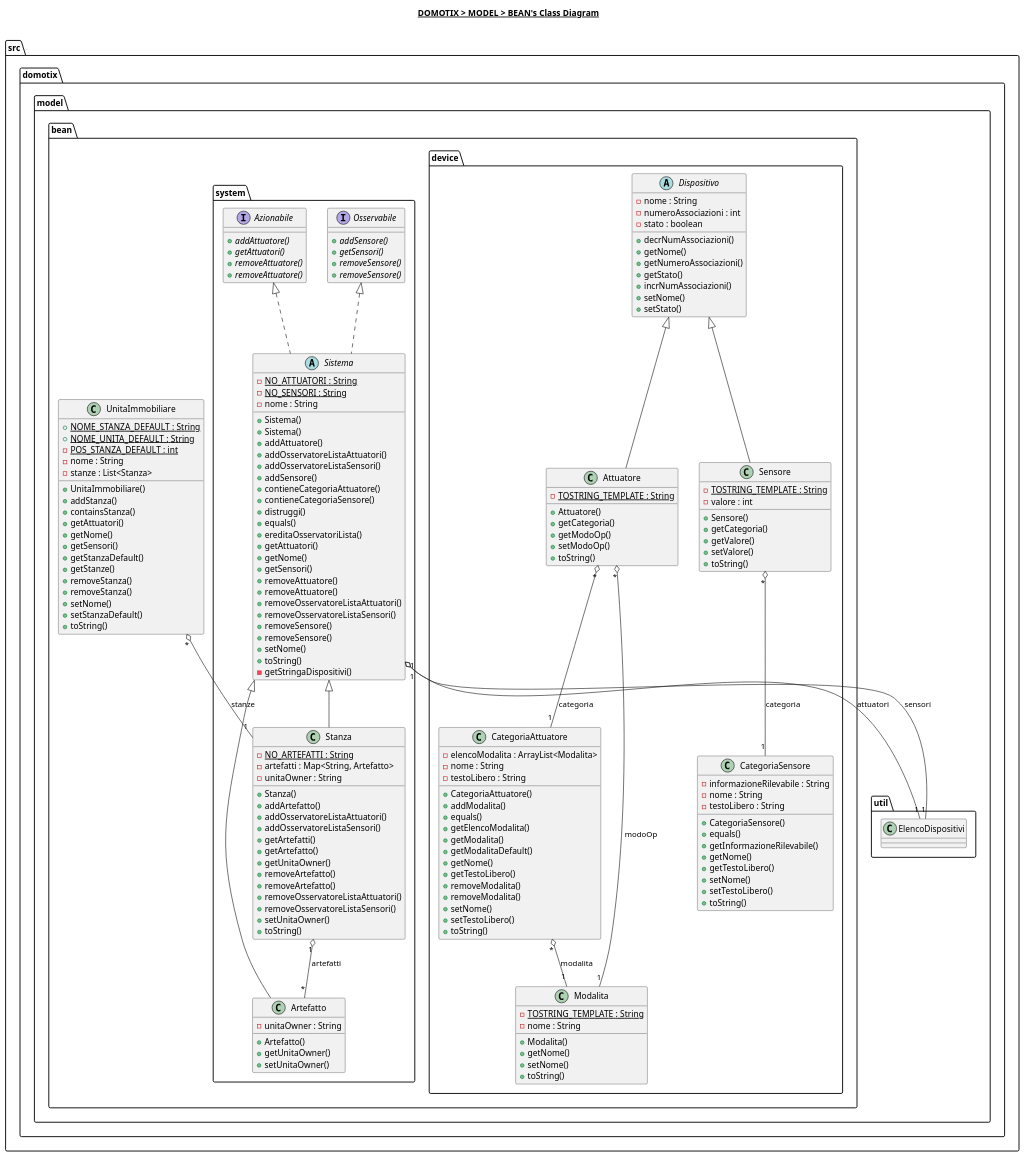
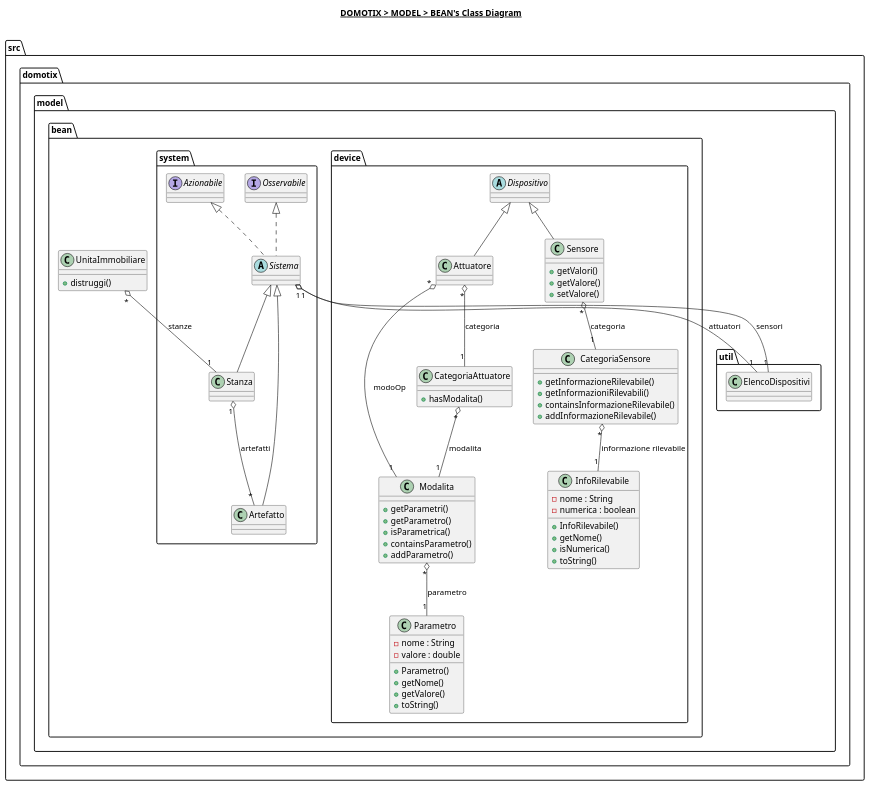
One commit to Edoar-do/Domotix changed the diagram in src/domotix/model/bean/bean.plantuml. Above: the diagram before and after it, drawn with PlantUML. The commit also changed 29 other files, not shown here.

Commit message:
Aggiusta la documentazione sui diagrammi

```diff
--- a/src/domotix/model/bean/bean.plantuml
+++ b/src/domotix/model/bean/bean.plantuml
@@ -1,196 +1,102 @@
 @startuml
 
 title __DOMOTIX > MODEL > BEAN's Class Diagram__\n
 
 namespace src.domotix.model {
     namespace util {
     }
 
     namespace bean {
         class src.domotix.model.bean.UnitaImmobiliare {
-            {static} + NOME_STANZA_DEFAULT : String
-            {static} + NOME_UNITA_DEFAULT : String
-            {static} - POS_STANZA_DEFAULT : int
-            - nome : String
-            - stanze : List<Stanza>
-            + UnitaImmobiliare()
-            + addStanza()
-            + containsStanza()
-            + getAttuatori()
-            + getNome()
-            + getSensori()
-            + getStanzaDefault()
-            + getStanze()
-            + removeStanza()
-            + removeStanza()
-            + setNome()
-            + setStanzaDefault()
-            + toString()
+            + distruggi()
         }
 
         namespace device {
             class src.domotix.model.bean.device.Attuatore {
-                {static} - TOSTRING_TEMPLATE : String
-                + Attuatore()
-                + getCategoria()
-                + getModoOp()
-                + setModoOp()
-                + toString()
             }
 
             class src.domotix.model.bean.device.CategoriaAttuatore {
-                - elencoModalita : ArrayList<Modalita>
-                - nome : String
-                - testoLibero : String
-                + CategoriaAttuatore()
-                + addModalita()
-                + equals()
-                + getElencoModalita()
-                + getModalita()
-                + getModalitaDefault()
-                + getNome()
-                + getTestoLibero()
-                + removeModalita()
-                + removeModalita()
-                + setNome()
-                + setTestoLibero()
-                + toString()
+                + hasModalita()
             }
 
             class src.domotix.model.bean.device.CategoriaSensore {
-                - informazioneRilevabile : String
-                - nome : String
-                - testoLibero : String
-                + CategoriaSensore()
-                + equals()
                 + getInformazioneRilevabile()
-                + getNome()
-                + getTestoLibero()
-                + setNome()
-                + setTestoLibero()
-                + toString()
+                + getInformazioniRilevabili()
+                + containsInformazioneRilevabile()
+                + addInformazioneRilevabile()
             }
 
             abstract class src.domotix.model.bean.device.Dispositivo {
-                - nome : String
-                - numeroAssociazioni : int
-                - stato : boolean
-                + decrNumAssociazioni()
-                + getNome()
-                + getNumeroAssociazioni()
-                + getStato()
-                + incrNumAssociazioni()
-                + setNome()
-                + setStato()
             }
 
             class src.domotix.model.bean.device.Modalita {
-                {static} - TOSTRING_TEMPLATE : String
+                + getParametri()
+                + getParametro()
+                + isParametrica()
+                + containsParametro()
+                + addParametro()
+            }
+
+            class src.domotix.model.bean.device.Parametro {
                 - nome : String
-                + Modalita()
+                - valore : double
+                + Parametro()
                 + getNome()
-                + setNome()
+                + getValore()
                 + toString()
             }
 
             class src.domotix.model.bean.device.Sensore {
-                {static} - TOSTRING_TEMPLATE : String
-                - valore : int
-                + Sensore()
-                + getCategoria()
+                + getValori()
                 + getValore()
                 + setValore()
+            }
+
+            class src.domotix.model.bean.device.InfoRilevabile {
+                - nome : String
+                - numerica : boolean
+                + InfoRilevabile()
+                + getNome()
+                + isNumerica()
                 + toString()
             }
         }
 
         namespace system {
             class src.domotix.model.bean.system.Artefatto {
-                  - unitaOwner : String
-                  + Artefatto()
-                  + getUnitaOwner()
-                  + setUnitaOwner()
               }
 
               interface src.domotix.model.bean.system.Azionabile {
-                  {abstract} + addAttuatore()
-                  {abstract} + getAttuatori()
-                  {abstract} + removeAttuatore()
-                  {abstract} + removeAttuatore()
               }
 
               interface src.domotix.model.bean.system.Osservabile {
-                  {abstract} + addSensore()
-                  {abstract} + getSensori()
-                  {abstract} + removeSensore()
-                  {abstract} + removeSensore()
               }
 
               abstract class src.domotix.model.bean.system.Sistema {
-                  {static} - NO_ATTUATORI : String
-                  {static} - NO_SENSORI : String
-                  - nome : String
-                  + Sistema()
-                  + Sistema()
-                  + addAttuatore()
-                  + addOsservatoreListaAttuatori()
-                  + addOsservatoreListaSensori()
-                  + addSensore()
-                  + contieneCategoriaAttuatore()
-                  + contieneCategoriaSensore()
-                  + distruggi()
-                  + equals()
-                  + ereditaOsservatoriLista()
-                  + getAttuatori()
-                  + getNome()
-                  + getSensori()
-                  + removeAttuatore()
-                  + removeAttuatore()
-                  + removeOsservatoreListaAttuatori()
-                  + removeOsservatoreListaSensori()
-                  + removeSensore()
-                  + removeSensore()
-                  + setNome()
-                  + toString()
-                  - getStringaDispositivi()
               }
 
               class src.domotix.model.bean.system.Stanza {
-                  {static} - NO_ARTEFATTI : String
-                  - artefatti : Map<String, Artefatto>
-                  - unitaOwner : String
-                  + Stanza()
-                  + addArtefatto()
-                  + addOsservatoreListaAttuatori()
-                  + addOsservatoreListaSensori()
-                  + getArtefatti()
-                  + getArtefatto()
-                  + getUnitaOwner()
-                  + removeArtefatto()
-                  + removeArtefatto()
-                  + removeOsservatoreListaAttuatori()
-                  + removeOsservatoreListaSensori()
-                  + setUnitaOwner()
-                  + toString()
               }
         }
     }
 }
 
 src.domotix.model.bean.device.Attuatore -up-|> src.domotix.model.bean.device.Dispositivo
 src.domotix.model.bean.device.Attuatore "*" o-- "1" src.domotix.model.bean.device.CategoriaAttuatore : categoria
 src.domotix.model.bean.device.Attuatore "*" o-- "1" src.domotix.model.bean.device.Modalita : modoOp
 src.domotix.model.bean.device.CategoriaAttuatore "*" o-- "1" src.domotix.model.bean.device.Modalita : modalita
+src.domotix.model.bean.device.Modalita "*" o-- "1" src.domotix.model.bean.device.Parametro : parametro
 src.domotix.model.bean.device.Sensore -up-|> src.domotix.model.bean.device.Dispositivo
 src.domotix.model.bean.device.Sensore "*" o-- "1" src.domotix.model.bean.device.CategoriaSensore : categoria
+src.domotix.model.bean.device.CategoriaSensore "*" o-- "1" src.domotix.model.bean.device.InfoRilevabile : informazione rilevabile
 
 src.domotix.model.bean.system.Artefatto -up-|> src.domotix.model.bean.system.Sistema
 src.domotix.model.bean.system.Sistema .up.|> src.domotix.model.bean.system.Azionabile
 src.domotix.model.bean.system.Sistema .up.|> src.domotix.model.bean.system.Osservabile
 src.domotix.model.bean.system.Sistema "1" o-- "1" src.domotix.model.util.ElencoDispositivi : attuatori
 src.domotix.model.bean.system.Sistema "1" o-- "1" src.domotix.model.util.ElencoDispositivi : sensori
 src.domotix.model.bean.system.Stanza -up-|> src.domotix.model.bean.system.Sistema
 src.domotix.model.bean.system.Stanza "1" o-- "*" src.domotix.model.bean.system.Artefatto : artefatti
 src.domotix.model.bean.UnitaImmobiliare "*" o-- "1" src.domotix.model.bean.system.Stanza : stanze
 
 @enduml
```
